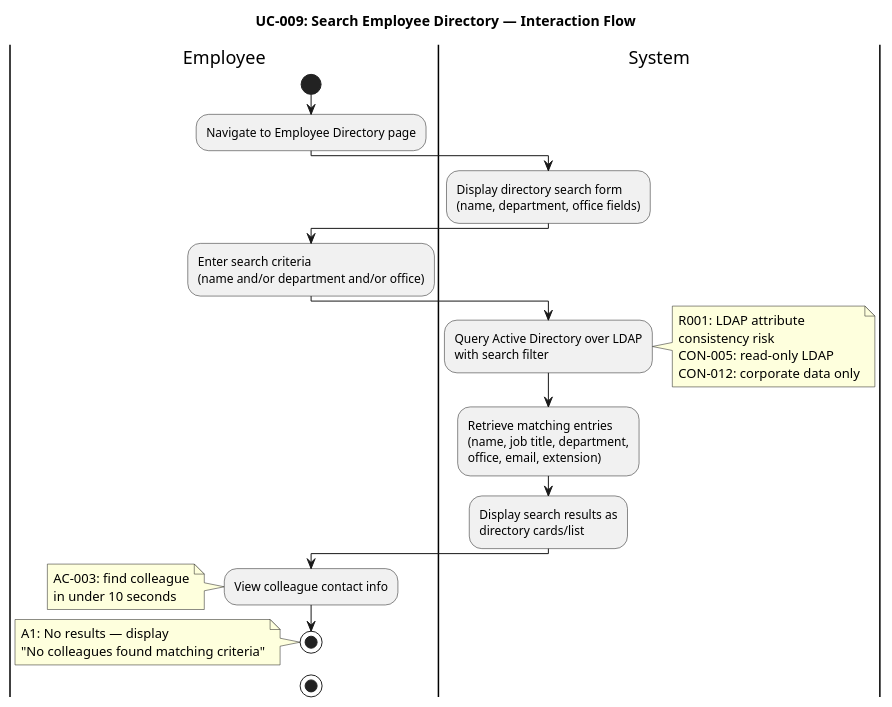
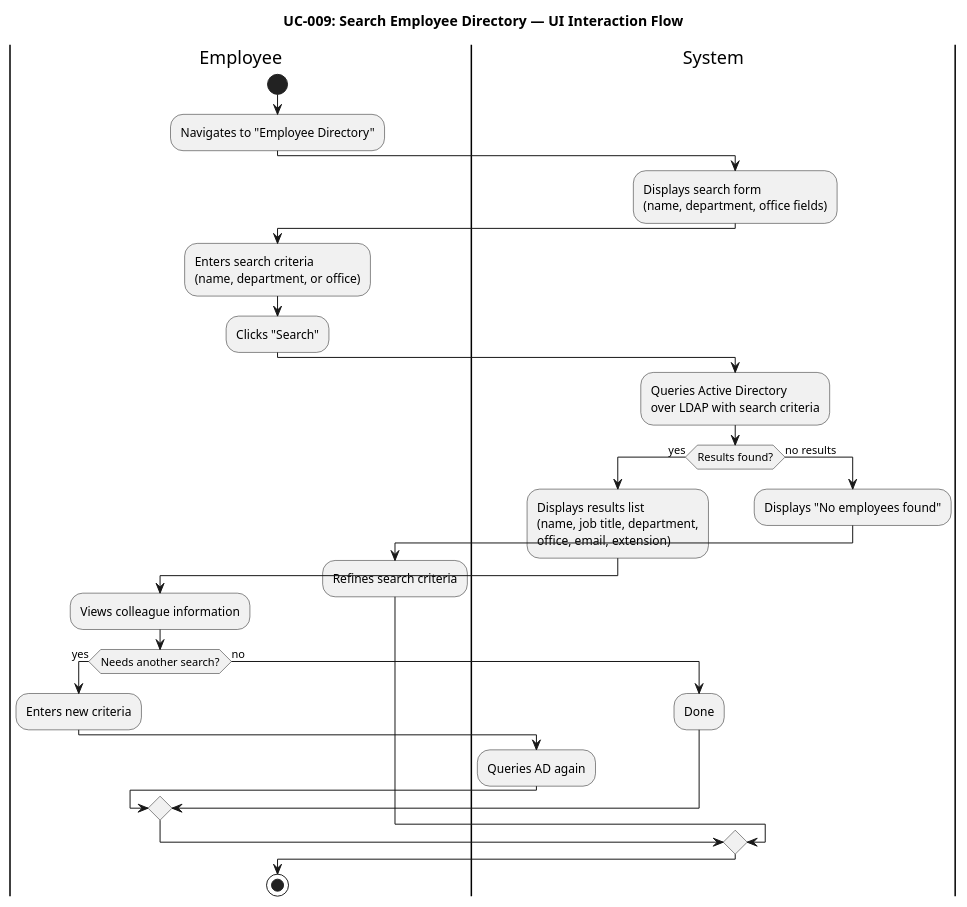
Diagram 25 of 32 in docs/artifacts/analysis---design/design-model.md (banense-test/portal-cuba-corp), drawn with PlantUML before and after one commit. The commit also changed other lines of this file, not shown here.

````diff
--- a/docs/artifacts/analysis---design/design-model.md
+++ b/docs/artifacts/analysis---design/design-model.md
@@ -2157,31 +2009,33 @@
 ```plantuml
 @startuml
-title UC-009: Search Employee Directory — Interaction Flow
-
-|Employee|
-|System|
+title UC-009: Search Employee Directory — UI Interaction Flow
 
 |Employee|
 start
-:Navigate to Employee Directory page;
+:Navigates to "Employee Directory";
 |System|
-:Display directory search form\n(name, department, office fields);
+:Displays search form\n(name, department, office fields);
 |Employee|
-:Enter search criteria\n(name and/or department and/or office);
+:Enters search criteria\n(name, department, or office);
+:Clicks "Search";
 |System|
-:Query Active Directory over LDAP\nwith search filter;
-note right: R001: LDAP attribute\nconsistency risk\nCON-005: read-only LDAP\nCON-012: corporate data only
-|System|
-:Retrieve matching entries\n(name, job title, department,\noffice, email, extension);
-|System|
-:Display search results as\ndirectory cards/list;
-|Employee|
-:View colleague contact info;
-note left: AC-003: find colleague\nin under 10 seconds
-stop
-
-|Employee|
-note left: A1: No results — display\n"No colleagues found matching criteria"
+:Queries Active Directory\nover LDAP with search criteria;
+if (Results found?) then (yes)
+  :Displays results list\n(name, job title, department,\noffice, email, extension);
+  |Employee|
+  :Views colleague information;
+  if (Needs another search?) then (yes)
+    :Enters new criteria;
+    |System|
+    :Queries AD again;
+  else (no)
+    :Done;
+  endif
+else (no results)
+  :Displays "No employees found";
+  |Employee|
+  :Refines search criteria;
+endif
 stop
 @enduml
 ```
````
